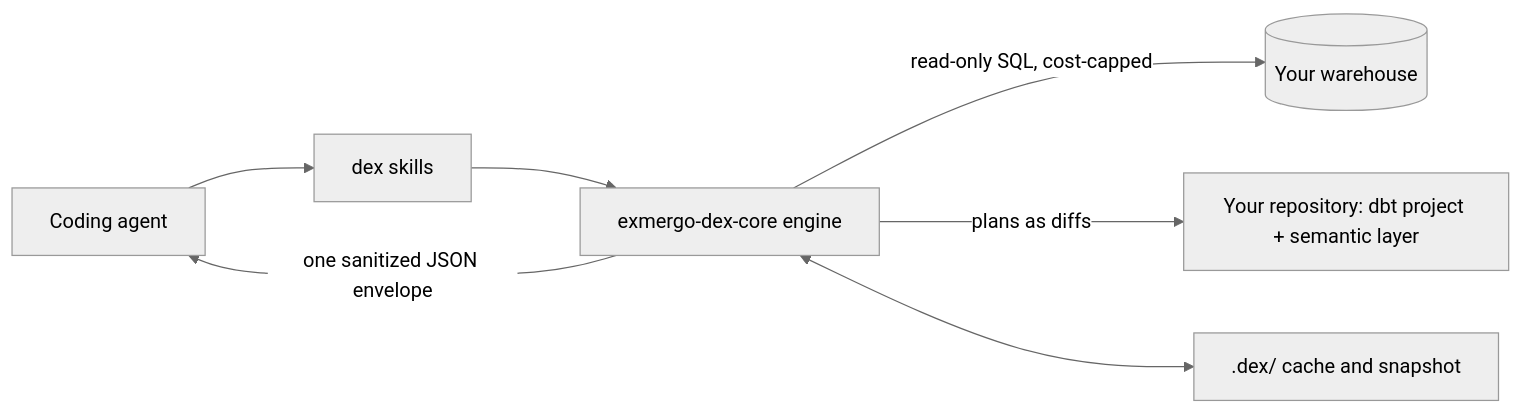
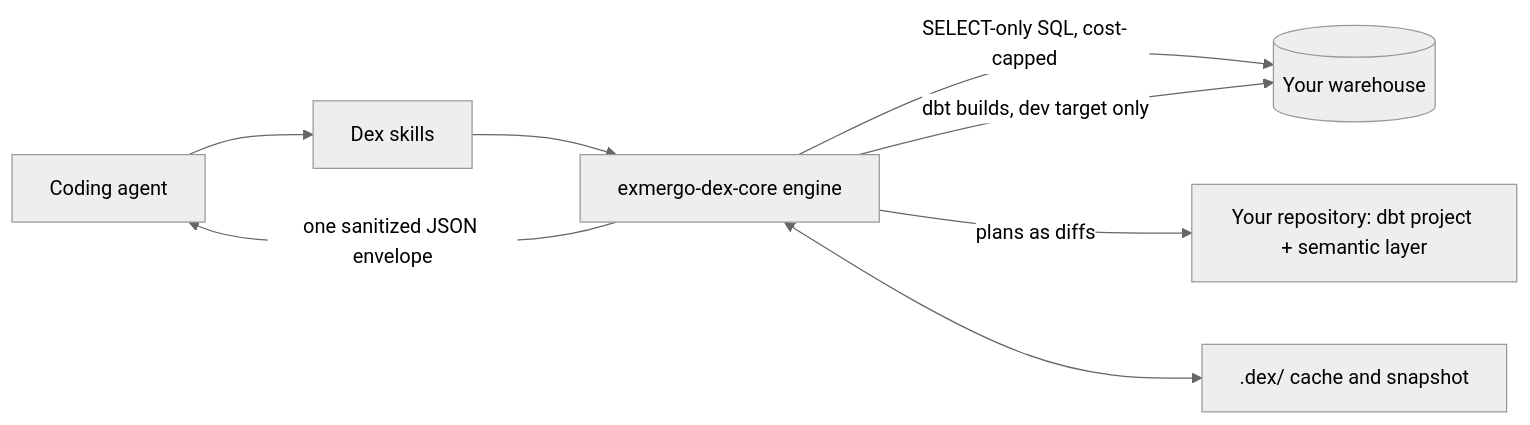
One commit to ANO3457/dex changed the diagram in README.md. Above: the diagram before and after it, drawn with Mermaid (neutral theme). The commit also changed other lines of this file and 56 other files, not shown here.

````diff
--- a/README.md
+++ b/README.md
@@ -157,9 +160,10 @@
 ```mermaid
 flowchart LR
-  Agent[Coding agent] --> Skills[dex skills]
+  Agent[Coding agent] --> Skills[Dex skills]
   Skills --> Engine[exmergo-dex-core engine]
-  Engine -->|read-only SQL, cost-capped| Warehouse[(Your warehouse)]
+  Engine -->|SELECT-only SQL, cost-capped| Warehouse[(Your warehouse)]
+  Engine -->|dbt builds, dev target only| Warehouse
   Engine -->|one sanitized JSON envelope| Agent
   Engine -->|plans as diffs| Repo[Your repository: dbt project + semantic layer]
   Engine <--> Cache[.dex/ cache and snapshot]
 ```
````
